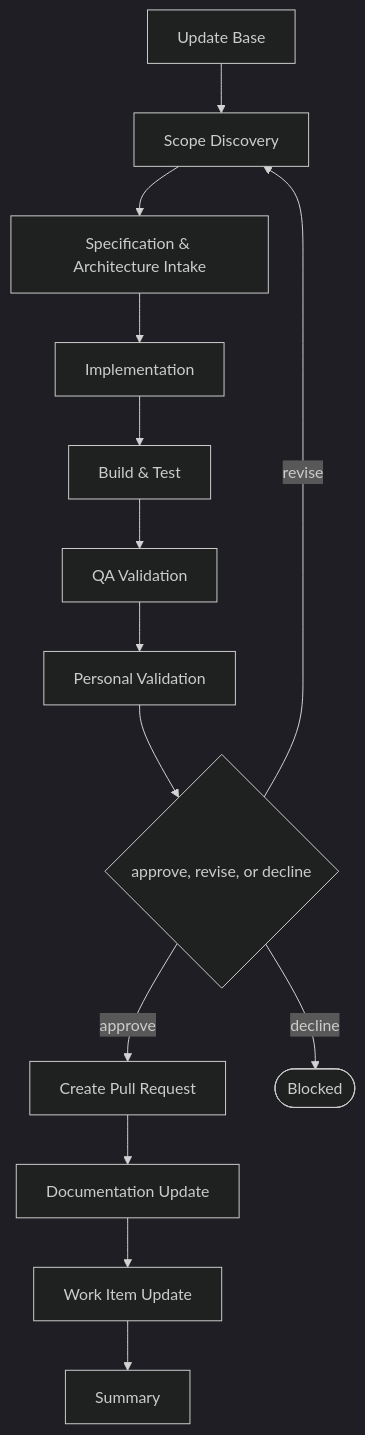
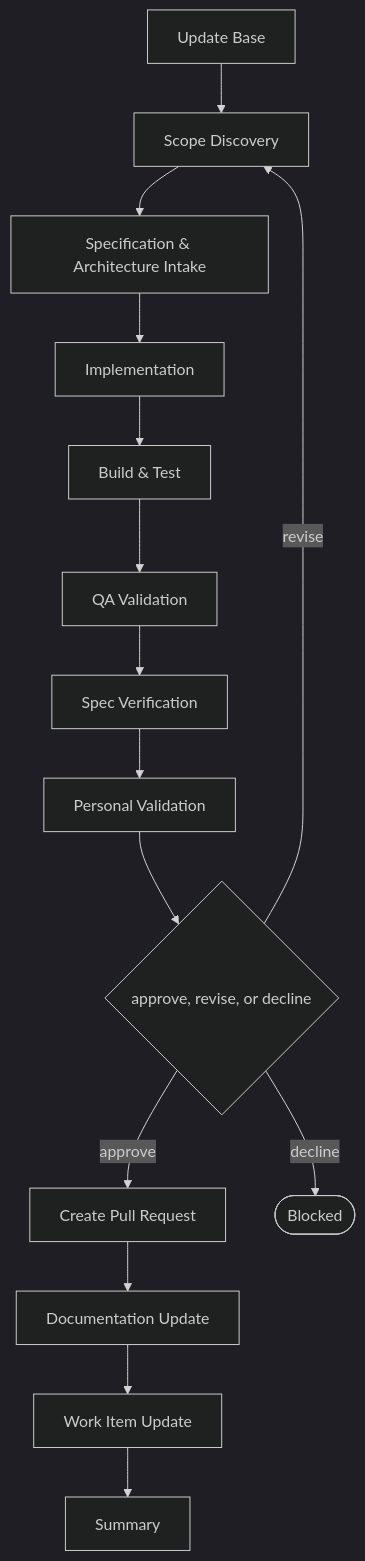
The diagram in .devbook/domain/delivery/flow.flow-feature.md (JSdotNet/devbook), drawn with Mermaid (dark theme) before and after one commit. The commit also changed other lines of this file and 43 other files, not shown here.

````diff
--- a/.devbook/domain/delivery/flow.flow-feature.md
+++ b/.devbook/domain/delivery/flow.flow-feature.md
@@ -14,28 +14,30 @@
 ```mermaid
 flowchart TD
     base["Update Base"]
     s0["Scope Discovery"]
     s1["Specification & Architecture Intake"]
     s2["Implementation"]
     c0["Build & Test"]
     c1["QA Validation"]
+    cv["Spec Verification"]
     c2["Personal Validation"]
 
     base --> s0
     s0 --> s1
     s1 --> s2
     s2 --> c0
     c0 --> c1
-    c1 --> c2
+    c1 --> cv
+    cv --> c2
     c2 --> g{"approve, revise, or decline"}
     t0["Create Pull Request"]
     t1["Documentation Update"]
     t2["Work Item Update"]
     t3["Summary"]
     g -->|approve| t0
     t0 --> t1
     t1 --> t2
     t2 --> t3
     g -->|revise| s0
     g -->|decline| blocked(["Blocked"])
 ```
````
